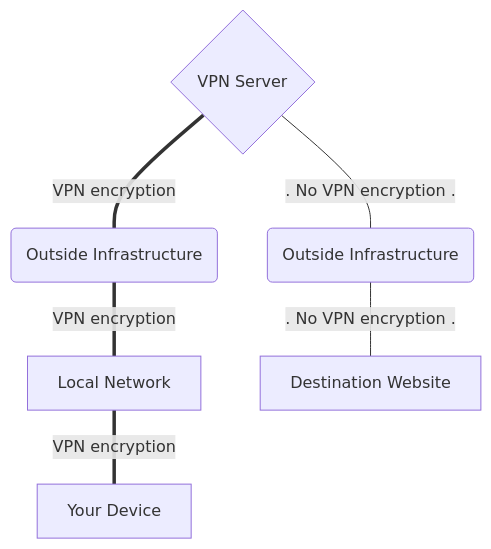
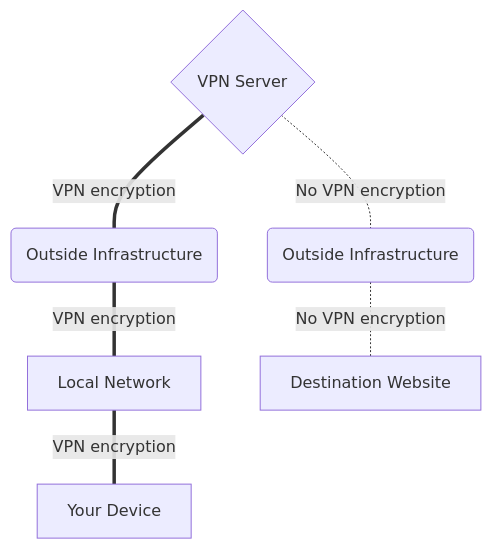
One commit to privacyguides/privacyguides.org changed the diagram in docs/basics/vpn-overview.md. Above: the diagram before and after it, drawn with Mermaid.

````diff
--- a/docs/basics/vpn-overview.md
+++ b/docs/basics/vpn-overview.md
@@ -14,5 +14,5 @@
 ``` mermaid
 flowchart TD
     server== VPN encryption ===infra(Outside Infrastructure)== VPN encryption ===local[Local Network]== VPN encryption ===device[Your Device]
-    server{VPN Server}--. No VPN encryption .---infr(Outside Infrastructure)--. No VPN encryption .---site[Destination Website]
+    server{VPN Server}-. No VPN encryption .--infr(Outside Infrastructure)-. No VPN encryption .--site[Destination Website]
 ```
````
